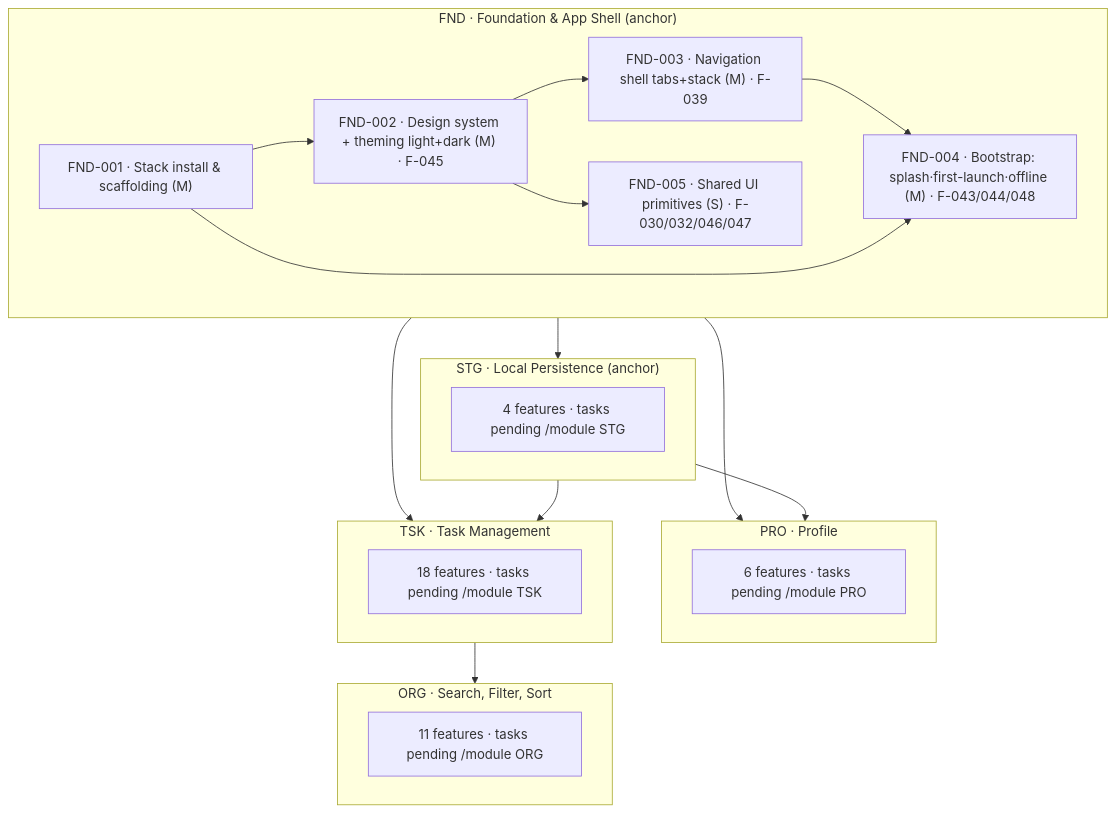
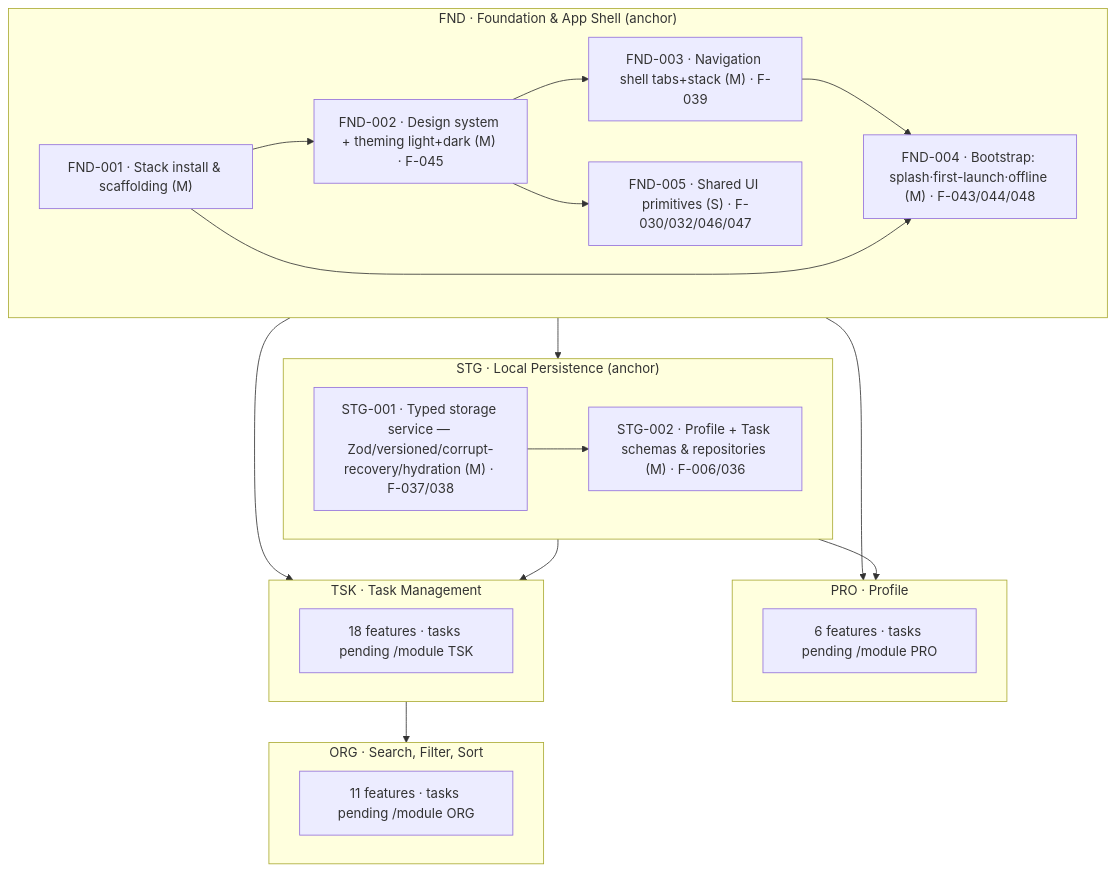
Before and after one commit to gourav-kashyap-brainspack/harness-todo-app: the diagram in docs/graph/graph.mmd, drawn with Mermaid. The commit also changed 5 other files, not shown here.

First line of the commit message:
plan(STG): module tasks + specs (STG-001 storage service, STG-002 repositories)

```diff
--- a/docs/graph/graph.mmd
+++ b/docs/graph/graph.mmd
@@ -1,39 +1,41 @@
 %% Task/build dependency graph — generated by the task-graph skill from docs/graph/modules.json.
 %% Module-level edges + FND task nodes (from /module FND). Other modules' tasks added by /module <id>.
 graph TD
   %% ---- Module dependency edges ----
   FND --> STG
   FND --> PRO
   FND --> TSK
   STG --> PRO
   STG --> TSK
   TSK --> ORG
 
   %% ---- FND tasks (planned) ----
   subgraph FND["FND · Foundation & App Shell (anchor)"]
     FND001["FND-001 · Stack install & scaffolding (M)"]
     FND002["FND-002 · Design system + theming light+dark (M) · F-045"]
     FND003["FND-003 · Navigation shell tabs+stack (M) · F-039"]
     FND004["FND-004 · Bootstrap: splash·first-launch·offline (M) · F-043/044/048"]
     FND005["FND-005 · Shared UI primitives (S) · F-030/032/046/047"]
     FND001 --> FND002
     FND002 --> FND003
     FND002 --> FND005
     FND003 --> FND004
     FND001 --> FND004
   end
 
   subgraph STG["STG · Local Persistence (anchor)"]
-    STG_m["4 features · tasks pending /module STG"]
+    STG001["STG-001 · Typed storage service — Zod/versioned/corrupt-recovery/hydration (M) · F-037/038"]
+    STG002["STG-002 · Profile + Task schemas & repositories (M) · F-006/036"]
+    STG001 --> STG002
   end
   subgraph PRO["PRO · Profile"]
     PRO_m["6 features · tasks pending /module PRO"]
   end
   subgraph TSK["TSK · Task Management"]
     TSK_m["18 features · tasks pending /module TSK"]
   end
   subgraph ORG["ORG · Search, Filter, Sort"]
     ORG_m["11 features · tasks pending /module ORG"]
   end
 
   %% Critical path: FND-001 -> FND-002 -> FND-003 -> FND-004. FND-005 parallel with FND-003 (group FND-pg1).
```
